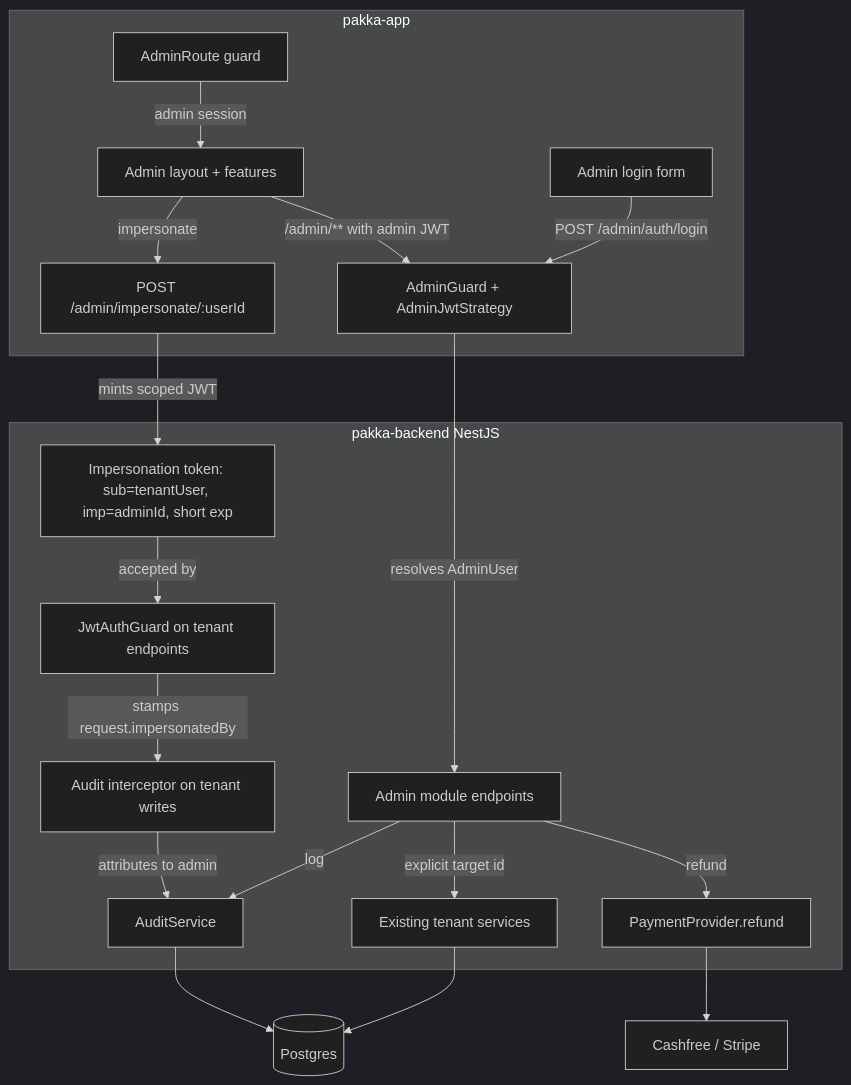
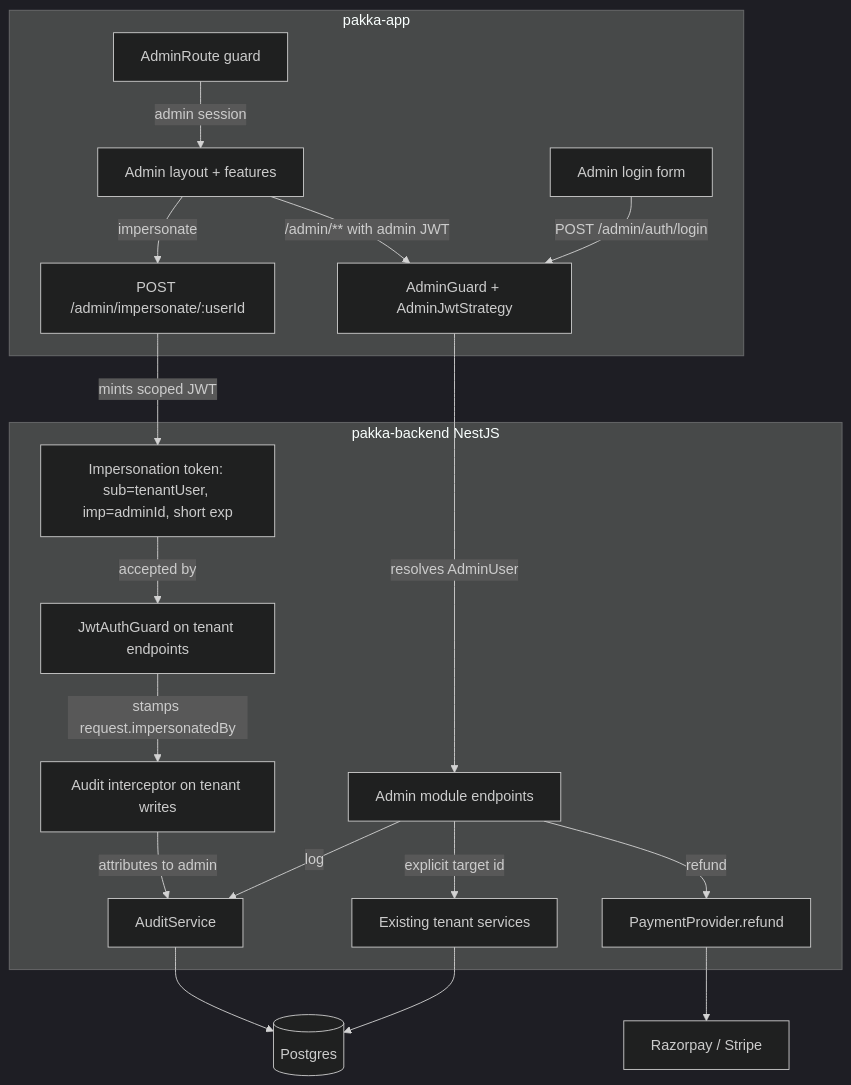
One commit to maharshi-priyank/pakka-app changed the diagram in docs/plans/2026-08-01-002-feat-admin-panel-plan.md. Above: the diagram before and after it, drawn with Mermaid (dark theme). The commit also changed other lines of this file, not shown here.

First line of the commit message:
docs(admin): correct plan — payment provider is Razorpay, not Cashfree

````diff
--- a/docs/plans/2026-08-01-002-feat-admin-panel-plan.md
+++ b/docs/plans/2026-08-01-002-feat-admin-panel-plan.md
@@ -157,24 +157,24 @@
 ```mermaid
 flowchart TB
   subgraph FE[pakka-app]
     AL[Admin login form] -->|POST /admin/auth/login| AB
     AR[AdminRoute guard] -->|admin session| AD[Admin layout + features]
     AD -->|/admin/** with admin JWT| AB
     AD -->|impersonate| AI
   end
 
   subgraph BE[pakka-backend NestJS]
     AB[AdminGuard + AdminJwtStrategy] -->|resolves AdminUser| AM[Admin module endpoints]
     AM -->|explicit target id| TS[Existing tenant services]
     AM -->|log| AS[AuditService]
     AM -->|refund| PP[PaymentProvider.refund]
     AI[POST /admin/impersonate/:userId] -->|mints scoped JWT| IT[Impersonation token: sub=tenantUser, imp=adminId, short exp]
     IT -->|accepted by| JAG[JwtAuthGuard on tenant endpoints]
     JAG -->|stamps request.impersonatedBy| INT[Audit interceptor on tenant writes]
     INT -->|attributes to admin| AS
   end
 
   TS --> DB[(Postgres)]
   AS --> DB
-  PP --> CP[Cashfree / Stripe]
+  PP --> CP[Razorpay / Stripe]
 ```
````
